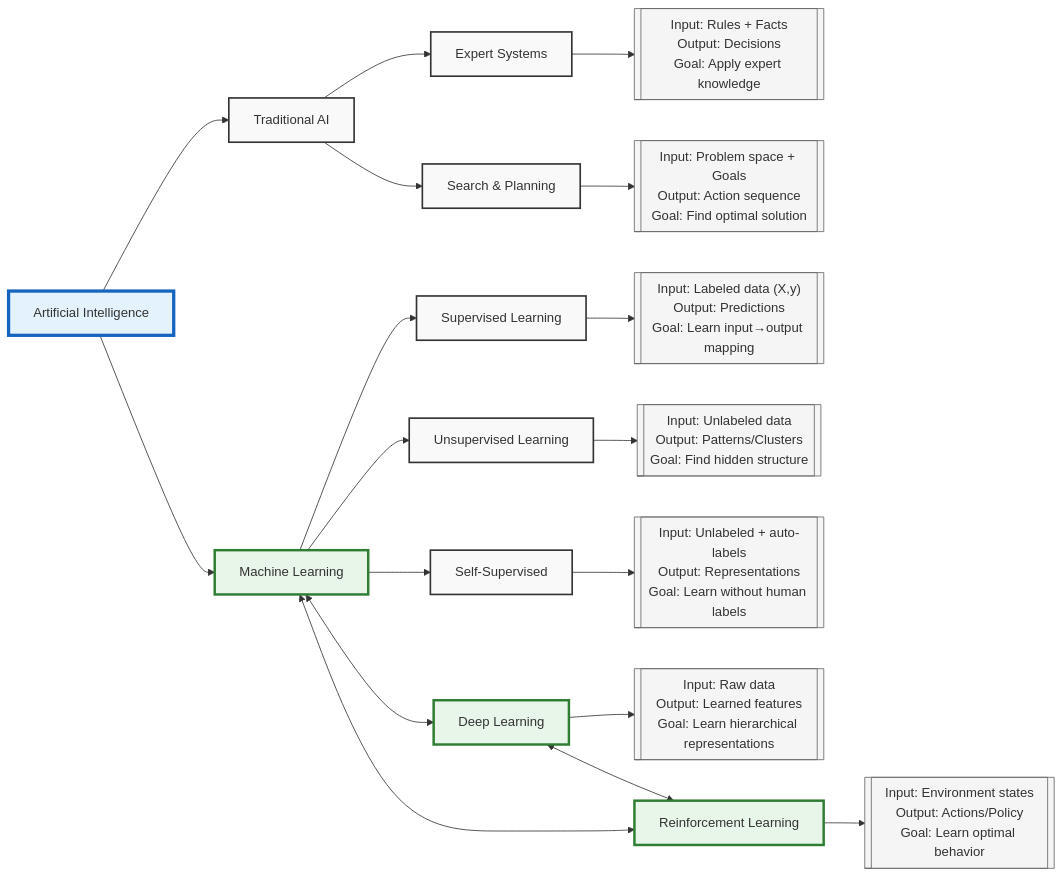
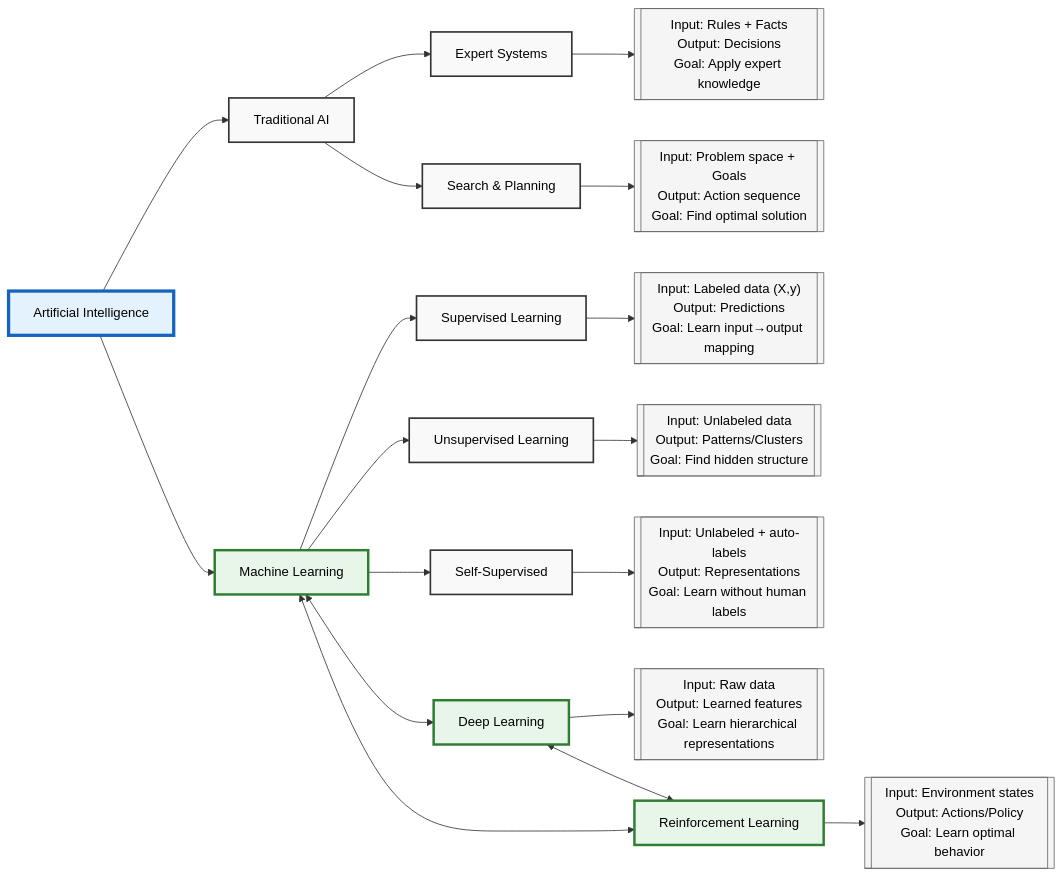
Before and after one commit to siddarthanath/omniai: the diagram in README.md, drawn with Mermaid. The commit also changed other lines of this file, not shown here.

````diff
--- a/README.md
+++ b/README.md
@@ -16,42 +16,42 @@
 ```mermaid
 graph LR
 %% Main AI hierarchy
 AI[Artificial Intelligence] --> TRAD[Traditional AI]
 AI --> ML[Machine Learning]
 
 %% Traditional AI methods
 TRAD --> ES[Expert Systems]
 ES --> ES_DESC[["Input: Rules + Facts<br>Output: Decisions<br>Goal: Apply expert knowledge"]]
 
 TRAD --> SEARCH[Search & Planning]
 SEARCH --> SEARCH_DESC[["Input: Problem space + Goals<br>Output: Action sequence<br>Goal: Find optimal solution"]]
 
 %% Machine Learning branches
 ML --> SL[Supervised Learning]
 SL --> SL_DESC[["Input: Labeled data (X,y)<br>Output: Predictions<br>Goal: Learn input→output mapping"]]
 
 ML --> UL[Unsupervised Learning]
 UL --> UL_DESC[["Input: Unlabeled data<br>Output: Patterns/Clusters<br>Goal: Find hidden structure"]]
 
 ML --> SSL[Self-Supervised]
 SSL --> SSL_DESC[["Input: Unlabeled + auto-labels<br>Output: Representations<br>Goal: Learn without human labels"]]
 
 %% DL and RL relationships
 ML <--> DL[Deep Learning]
 DL --> DL_DESC[["Input: Raw data<br>Output: Learned features<br>Goal: Learn hierarchical representations"]]
 
 ML <--> RL[Reinforcement Learning]
 RL --> RL_DESC[["Input: Environment states<br>Output: Actions/Policy<br>Goal: Learn optimal behavior"]]
 
 DL <--> RL
 
 %% Styling
-classDef default fill:#f9f9f9,stroke:#333,stroke-width:2px
-classDef aiNode fill:#e3f2fd,stroke:#1565c0,stroke-width:4px
-classDef mlNode fill:#e8f5e9,stroke:#2e7d32,stroke-width:3px
-classDef descNode fill:#f5f5f5,stroke:#666,stroke-width:1px
+classDef default fill:#f9f9f9,stroke:#333,stroke-width:2px,color:#000
+classDef aiNode fill:#e3f2fd,stroke:#1565c0,stroke-width:4px,color:#000
+classDef mlNode fill:#e8f5e9,stroke:#2e7d32,stroke-width:3px,color:#000
+classDef descNode fill:#f5f5f5,stroke:#666,stroke-width:1px,color:#000
 
 class AI aiNode
 class ML,DL,RL mlNode
 class ES_DESC,SEARCH_DESC,SL_DESC,UL_DESC,SSL_DESC,DL_DESC,RL_DESC descNode
 ```
````
